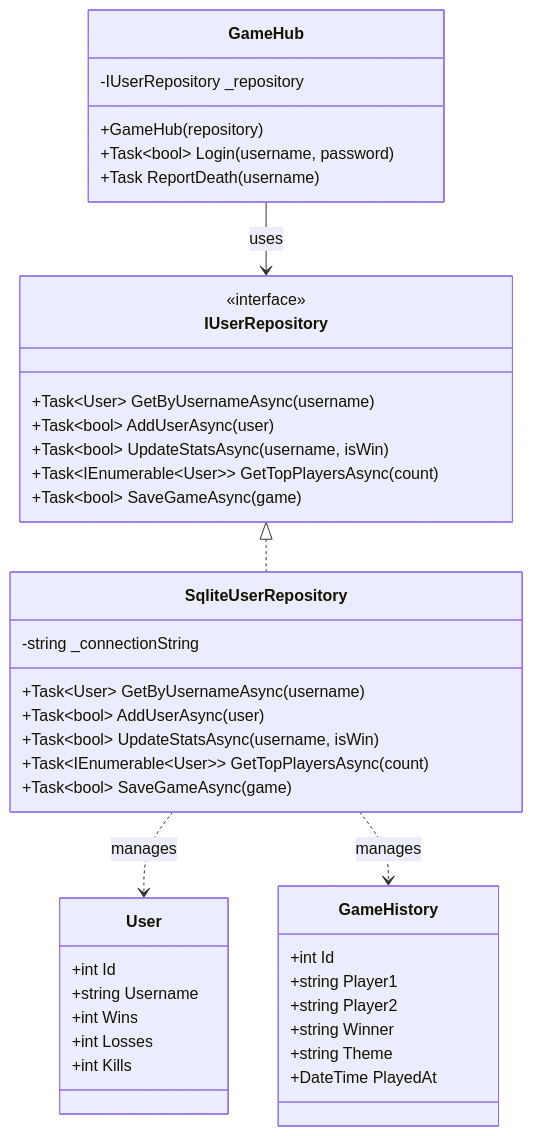
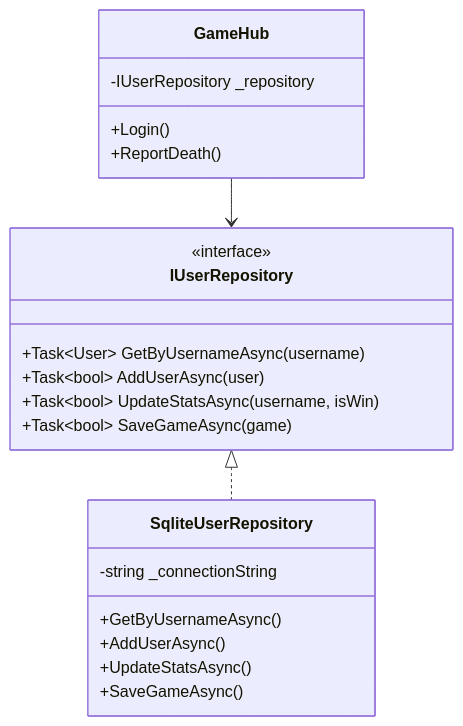
The ninth of 11 diagrams in DESIGN_DOCUMENT.md (sudedincer/BombermanWithDesignPatterns), drawn with Mermaid before and after one commit. The commit also changed other lines of this file and 1 other file, not shown here.

````diff
--- a/DESIGN_DOCUMENT.md
+++ b/DESIGN_DOCUMENT.md
@@ -1146,49 +914,27 @@
 ```mermaid
 classDiagram
     class IUserRepository {
         <<interface>>
         +Task~User~ GetByUsernameAsync(username)
         +Task~bool~ AddUserAsync(user)
         +Task~bool~ UpdateStatsAsync(username, isWin)
-        +Task~IEnumerable~User~~ GetTopPlayersAsync(count)
         +Task~bool~ SaveGameAsync(game)
     }
     
     class SqliteUserRepository {
         -string _connectionString
-        +Task~User~ GetByUsernameAsync(username)
-        +Task~bool~ AddUserAsync(user)
-        +Task~bool~ UpdateStatsAsync(username, isWin)
-        +Task~IEnumerable~User~~ GetTopPlayersAsync(count)
-        +Task~bool~ SaveGameAsync(game)
+        +GetByUsernameAsync()
+        +AddUserAsync()
+        +UpdateStatsAsync()
+        +SaveGameAsync()
     }
     
     class GameHub {
         -IUserRepository _repository
-        +GameHub(repository)
-        +Task~bool~ Login(username, password)
-        +Task ReportDeath(username)
-    }
-    
-    class User {
-        +int Id
-        +string Username
-        +int Wins
-        +int Losses
-        +int Kills
-    }
-    
-    class GameHistory {
-        +int Id
-        +string Player1
-        +string Player2
-        +string Winner
-        +string Theme
-        +DateTime PlayedAt
+        +Login()
+        +ReportDeath()
     }
     
     IUserRepository <|.. SqliteUserRepository
-    GameHub --> IUserRepository : uses
-    SqliteUserRepository ..> User : manages
-    SqliteUserRepository ..> GameHistory : manages
+    GameHub --> IUserRepository
 ```
````
